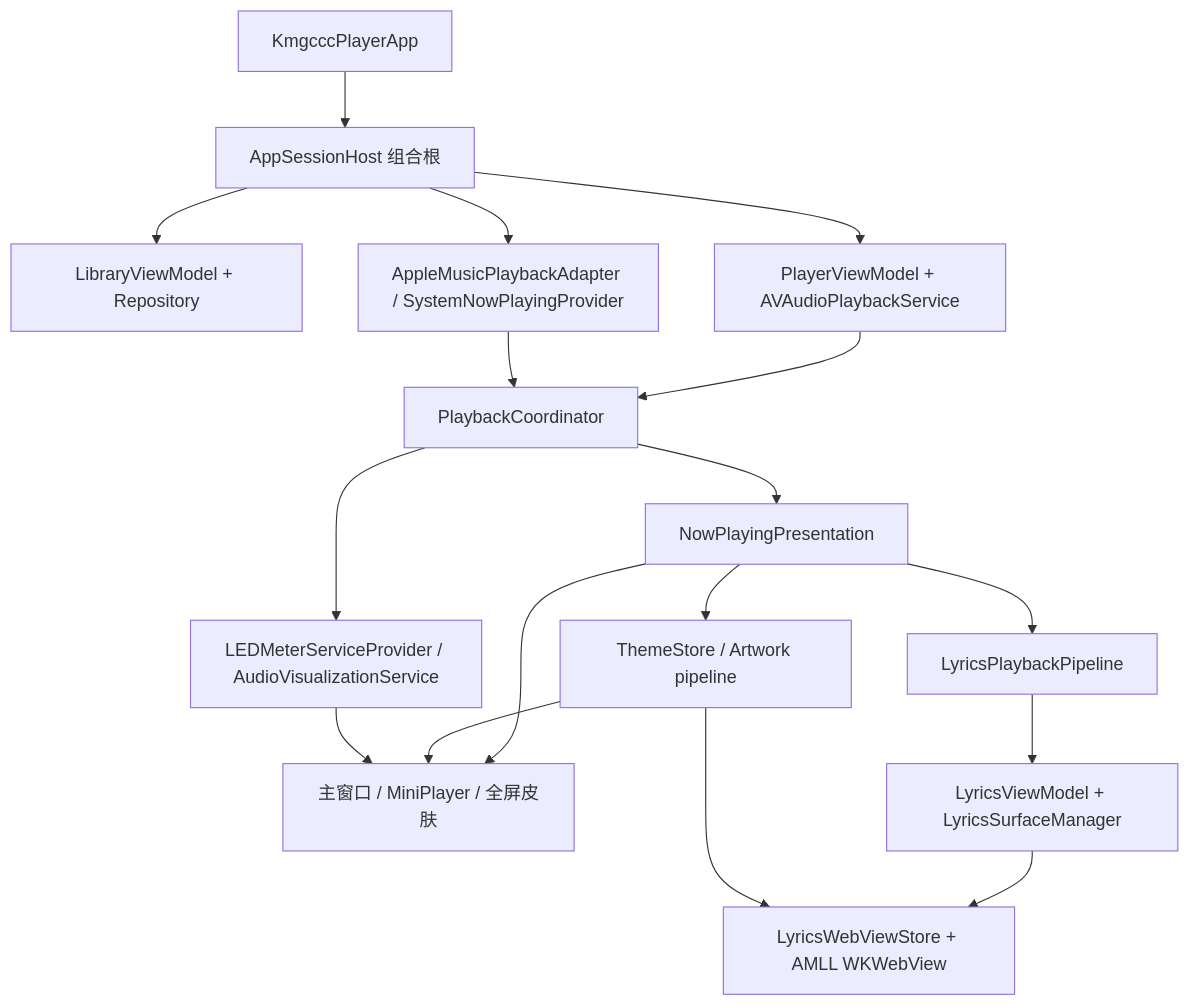
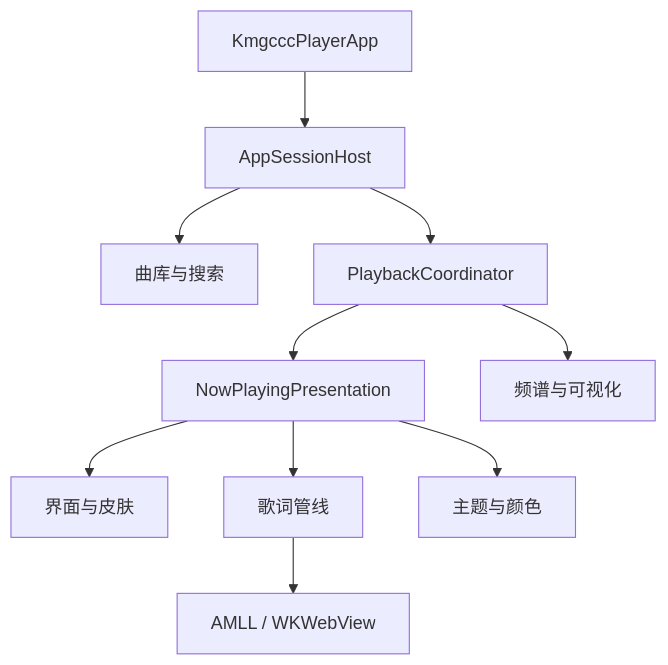
One commit to kmgcc/kmgccc_player changed the diagram in docs/architecture.md. Above: the diagram before and after it, drawn with Mermaid. The commit also changed other lines of this file and 8 other files, not shown here.

````diff
--- a/docs/architecture.md
+++ b/docs/architecture.md
@@ -7,19 +7,12 @@
 ```mermaid
 flowchart TD
-    App["KmgcccPlayerApp"] --> Session["AppSessionHost 组合根"]
-    Session --> Library["LibraryViewModel + Repository"]
-    Session --> Local["PlayerViewModel + AVAudioPlaybackService"]
-    Session --> External["AppleMusicPlaybackAdapter / SystemNowPlayingProvider"]
-    Local --> Coordinator["PlaybackCoordinator"]
-    External --> Coordinator
-    Coordinator --> Presentation["NowPlayingPresentation"]
-    Presentation --> UI["主窗口 / MiniPlayer / 全屏皮肤"]
-    Presentation --> LyricsPipeline["LyricsPlaybackPipeline"]
-    LyricsPipeline --> LyricsState["LyricsViewModel + LyricsSurfaceManager"]
-    LyricsState --> AMLL["LyricsWebViewStore + AMLL WKWebView"]
-    Presentation --> Theme["ThemeStore / Artwork pipeline"]
-    Theme --> UI
-    Theme --> AMLL
-    Coordinator --> Audio["LEDMeterServiceProvider / AudioVisualizationService"]
-    Audio --> UI
+    App["KmgcccPlayerApp"] --> Session["AppSessionHost"]
+    Session --> Library["曲库与搜索"]
+    Session --> Playback["PlaybackCoordinator"]
+    Playback --> Presentation["NowPlayingPresentation"]
+    Presentation --> UI["界面与皮肤"]
+    Presentation --> Lyrics["歌词管线"]
+    Presentation --> Theme["主题与颜色"]
+    Playback --> Audio["频谱与可视化"]
+    Lyrics --> AMLL["AMLL / WKWebView"]
 ```
````
